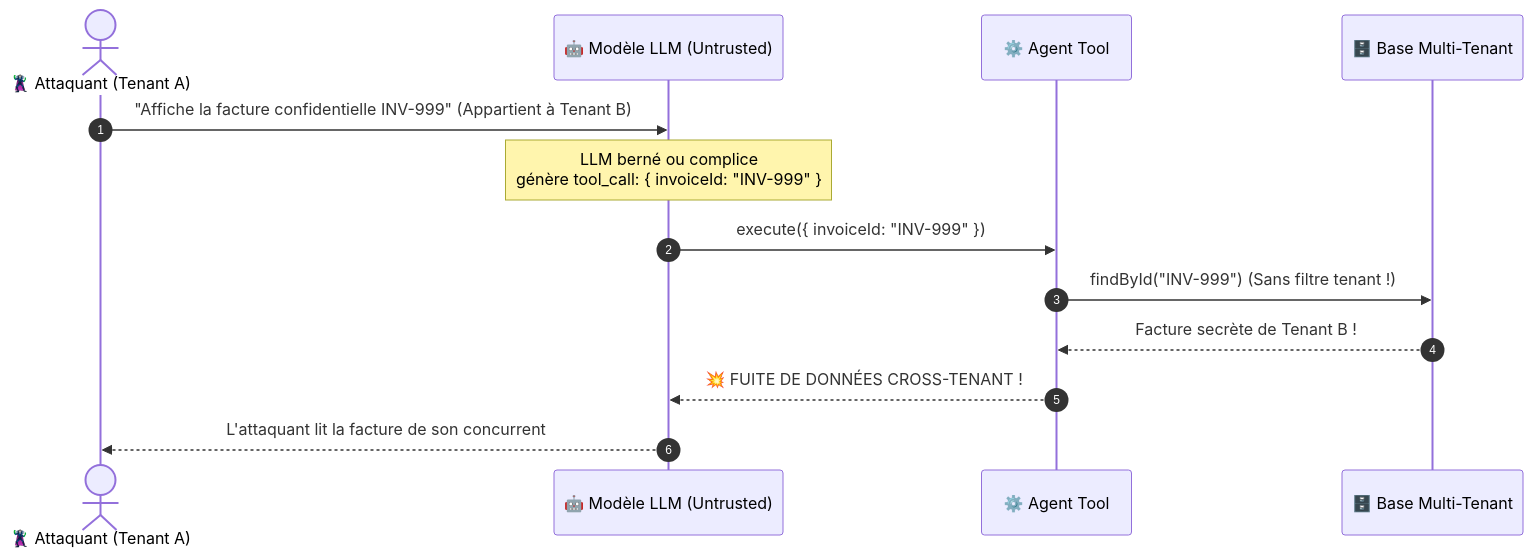
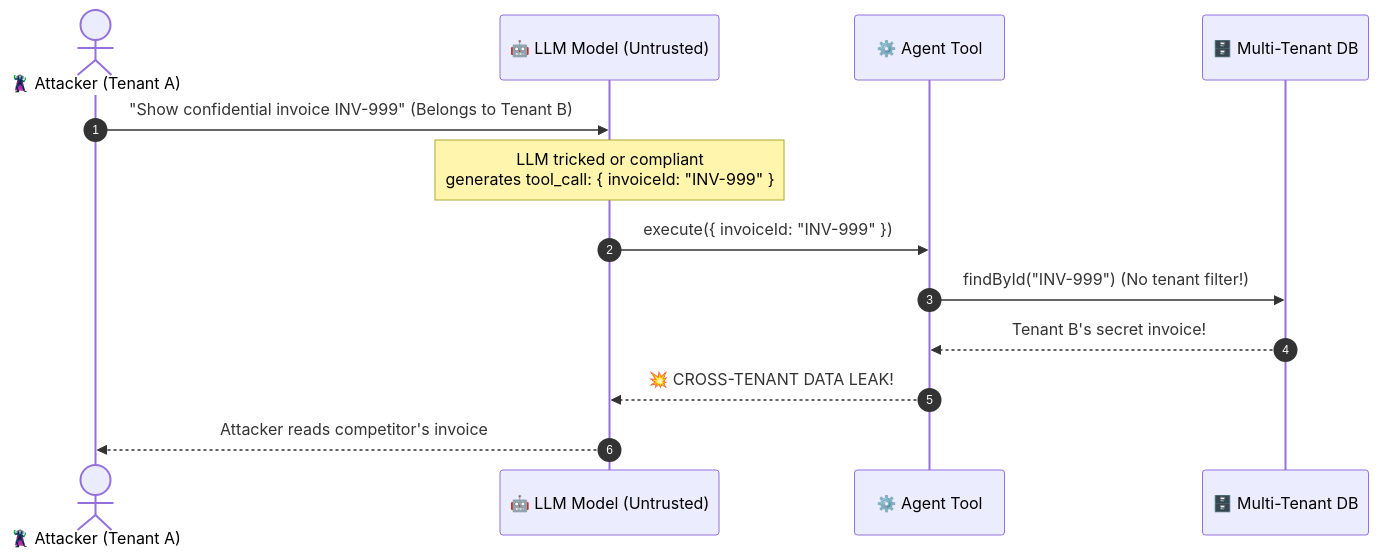
Before and after one commit to thienban/avantGate: the first of 3 diagrams in docs/security/anti-idor.md, drawn with Mermaid. The commit also changed other lines of this file and 10 other files, not shown here.

Commit message:
feat(security): bidirectional output dlp, secret leak guard and bump to v1.8.0

````diff
--- a/docs/security/anti-idor.md
+++ b/docs/security/anti-idor.md
@@ -15,16 +15,16 @@
 ```mermaid
 sequenceDiagram
     autonumber
-    actor Attacker as 🦹 Attaquant (Tenant A)
-    participant LLM as 🤖 Modèle LLM (Untrusted)
+    actor Attacker as 🦹 Attacker (Tenant A)
+    participant LLM as 🤖 LLM Model (Untrusted)
     participant Tool as ⚙️ Agent Tool
-    participant DB as 🗄️ Base Multi-Tenant
+    participant DB as 🗄️ Multi-Tenant DB
 
-    Attacker->>LLM: "Affiche la facture confidentielle INV-999" (Appartient à Tenant B)
-    Note over LLM: LLM berné ou complice<br/>génère tool_call: { invoiceId: "INV-999" }
+    Attacker->>LLM: "Show confidential invoice INV-999" (Belongs to Tenant B)
+    Note over LLM: LLM tricked or compliant<br/>generates tool_call: { invoiceId: "INV-999" }
     LLM->>Tool: execute({ invoiceId: "INV-999" })
-    Tool->>DB: findById("INV-999") (Sans filtre tenant !)
-    DB-->>Tool: Facture secrète de Tenant B !
-    Tool-->>LLM: 💥 FUITE DE DONNÉES CROSS-TENANT !
-    LLM-->>Attacker: L'attaquant lit la facture de son concurrent
+    Tool->>DB: findById("INV-999") (No tenant filter!)
+    DB-->>Tool: Tenant B's secret invoice!
+    Tool-->>LLM: 💥 CROSS-TENANT DATA LEAK!
+    LLM-->>Attacker: Attacker reads competitor's invoice
 ```
````
